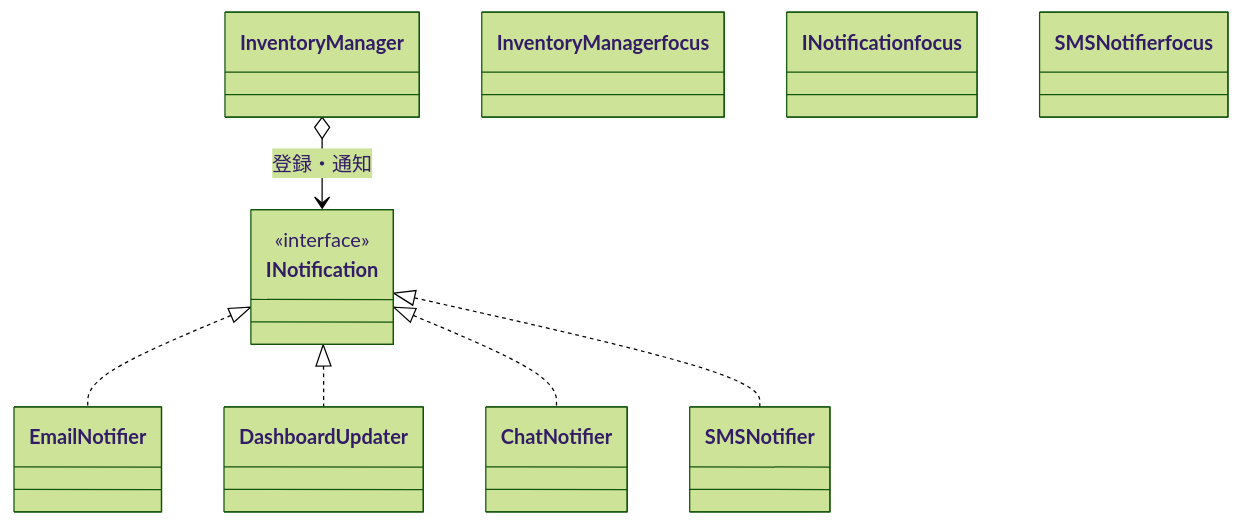
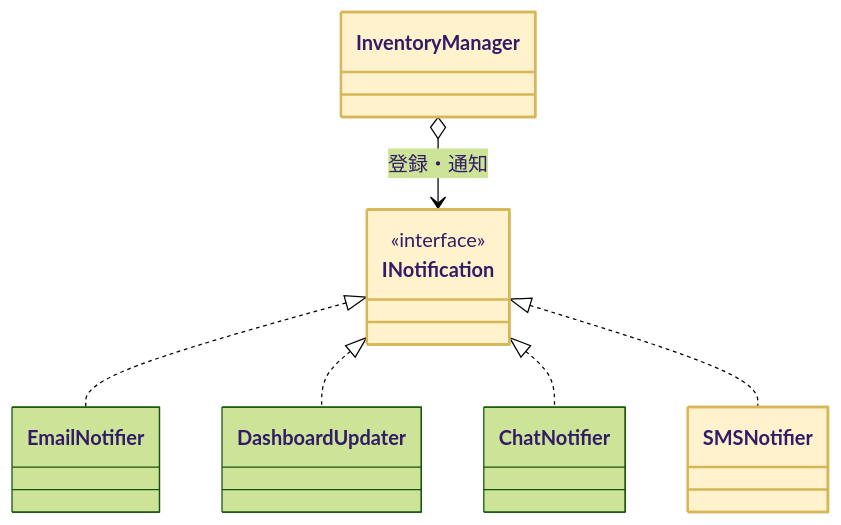
One commit to kumachan1101-pixel/DesignPattern changed the seventh of 15 diagrams in kindle/design-patterns/output/chapter07.md. Above: the diagram before and after it, drawn with Mermaid (forest theme). The commit also changed other lines of this file and 15 other files, not shown here.

First line of the commit message:
全章classDiagram: phantom浮きクラスを生む着色構文 class X focus を :::focus へ修正（103箇所）

````diff
--- a/kindle/design-patterns/output/chapter07.md
+++ b/kindle/design-patterns/output/chapter07.md
@@ -1140,18 +1140,18 @@
 ```mermaid
 classDiagram
     class InventoryManager
     class INotification { <<interface>> }
     class EmailNotifier
     class DashboardUpdater
     class ChatNotifier
     class SMSNotifier
     InventoryManager o--> INotification : 登録・通知
     INotification <|.. EmailNotifier
     INotification <|.. DashboardUpdater
     INotification <|.. ChatNotifier
     INotification <|.. SMSNotifier
-    class InventoryManager focus
-    class INotification focus
-    class SMSNotifier focus
+    class InventoryManager:::focus
+    class INotification:::focus
+    class SMSNotifier:::focus
     classDef focus fill:#FFF2CC,stroke:#D6B656,stroke-width:2px
 ```
````
